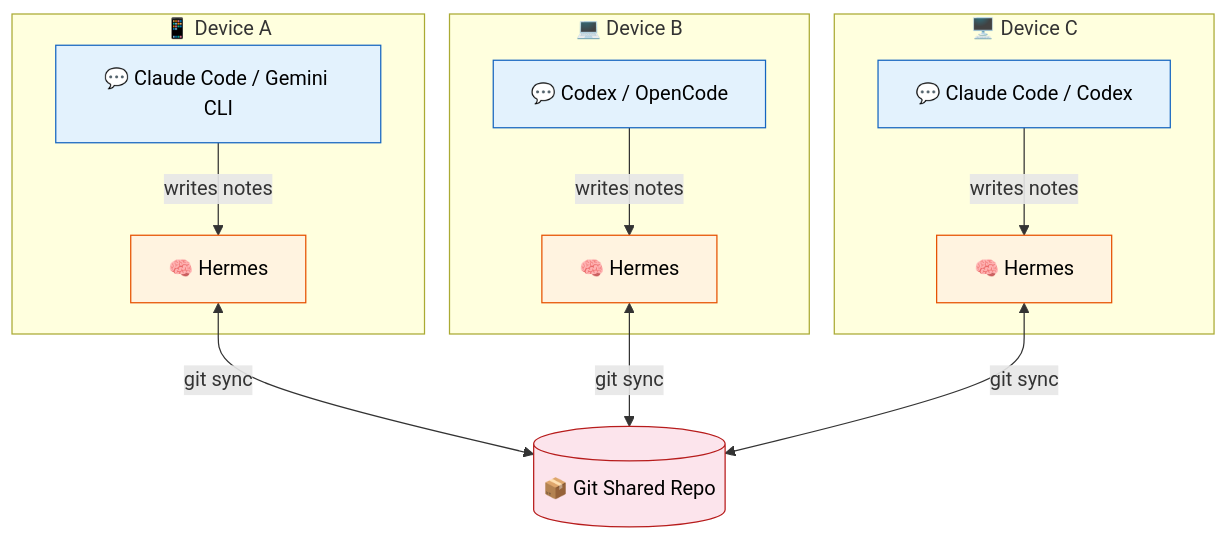
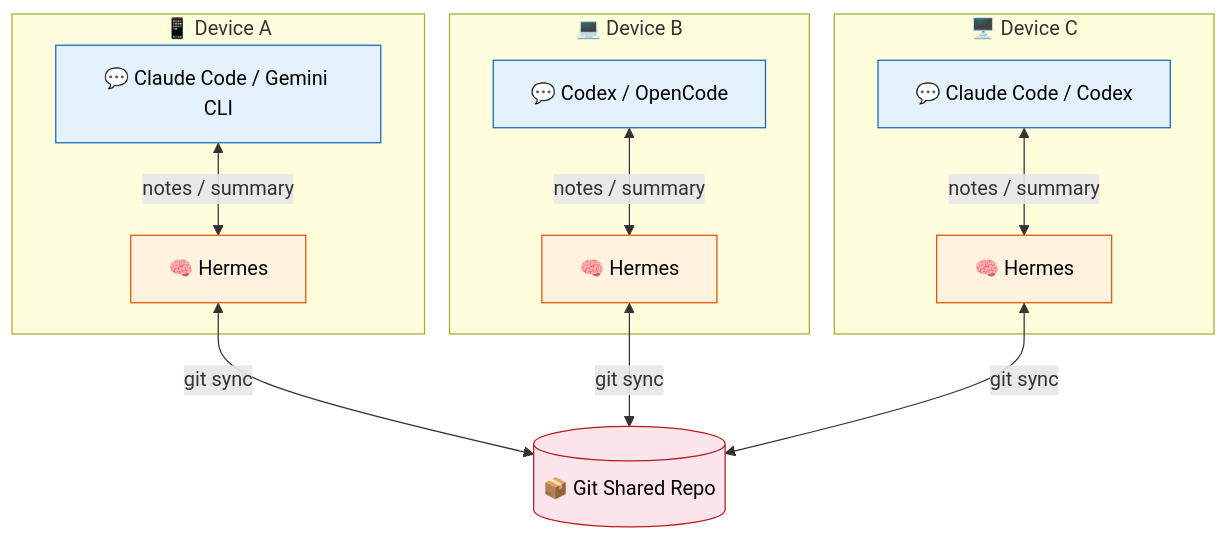
The first of 3 diagrams in README.md (atsyty/CortexNexus), drawn with Mermaid before and after one commit.

Commit message:
docs: bidirectional arrows between CLI tools and Hermes inside each device
CLI tools and Hermes exchange in both directions: tools write
notes, Hermes provides summary. Match the bidirectional pattern
used for Hermes↔Git connections.

````diff
--- a/README.md
+++ b/README.md
@@ -48,33 +48,33 @@
 ```mermaid
 graph TD
     G[("📦 Git Shared Repo")]
 
     subgraph A["📱 Device A"]
         TA["💬 Claude Code / Gemini CLI"]
         HA["🧠 Hermes"]
-        TA -->|writes notes| HA
+        TA <-->|notes / summary| HA
     end
 
     subgraph B["💻 Device B"]
         TB["💬 Codex / OpenCode"]
         HB["🧠 Hermes"]
-        TB -->|writes notes| HB
+        TB <-->|notes / summary| HB
     end
 
     subgraph C["🖥️ Device C"]
         TC["💬 Claude Code / Codex"]
         HC["🧠 Hermes"]
-        TC -->|writes notes| HC
+        TC <-->|notes / summary| HC
     end
 
     HA <-->|git sync| G
     HB <-->|git sync| G
     HC <-->|git sync| G
 
     classDef tools fill:#e3f2fd,stroke:#1565c0,color:#000
     classDef engine fill:#fff3e0,stroke:#e65100,color:#000
     classDef git fill:#fce4ec,stroke:#b71c1c,color:#000
     class TA,TB,TC tools
     class HA,HB,HC engine
     class G git
 ```
````
